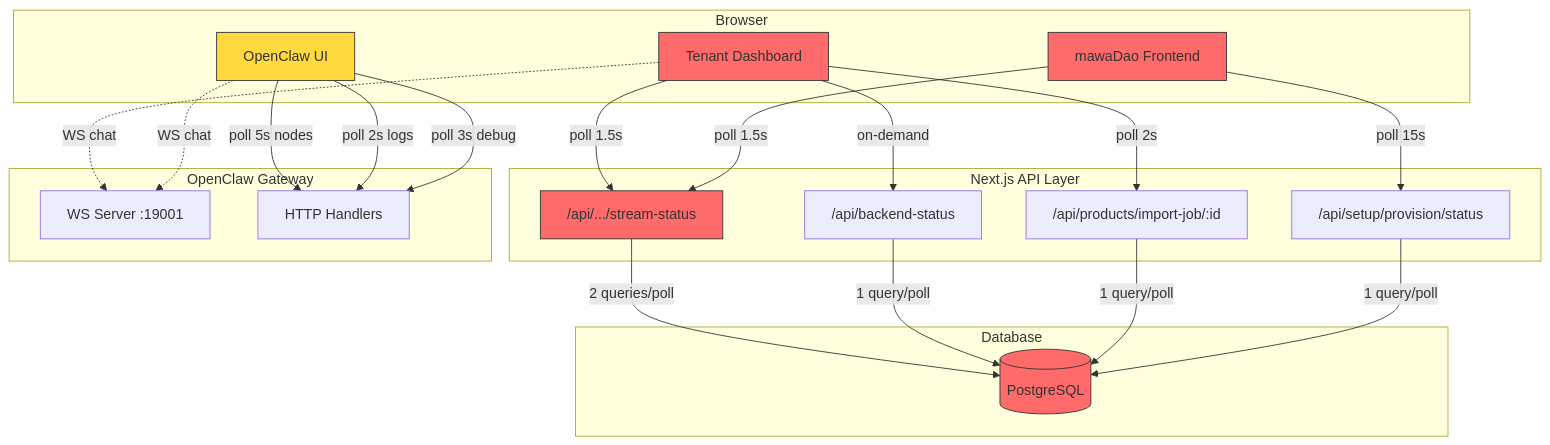
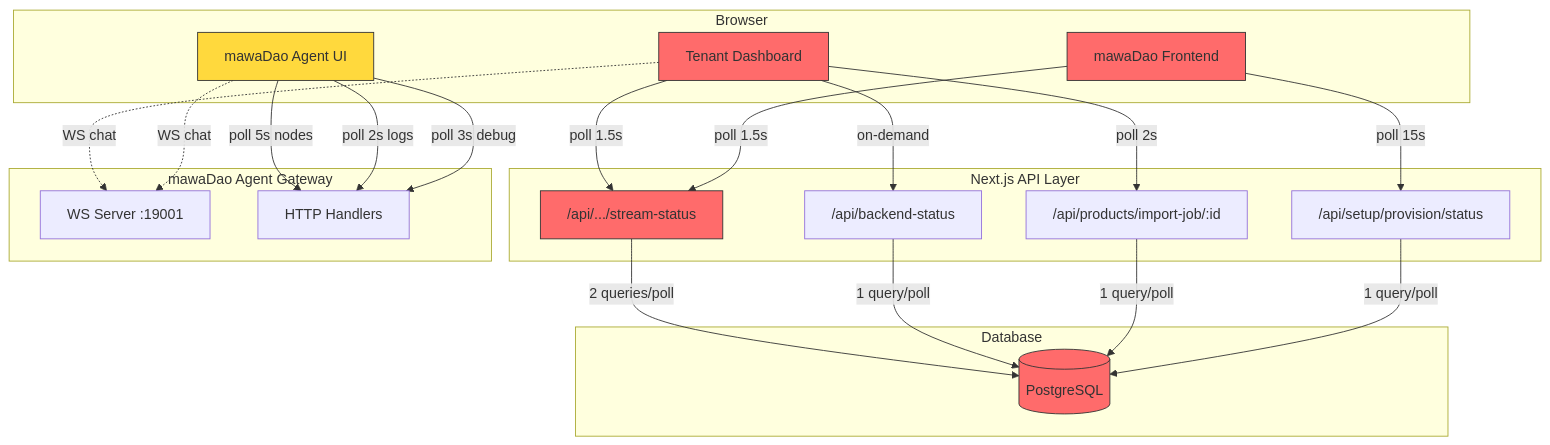
One commit to maavadao/maava changed the first of 4 diagrams in docs/REALTIME_ARCHITECTURE.md. Above: the diagram before and after it, drawn with Mermaid. The commit also changed other lines of this file and 7 other files, not shown here.

First line of the commit message:
Rename legacy names to mawaDao Agent names

````diff
--- a/docs/REALTIME_ARCHITECTURE.md
+++ b/docs/REALTIME_ARCHITECTURE.md
@@ -197,47 +197,47 @@
 ```mermaid
 graph TB
     subgraph "Browser"
         TD[Tenant Dashboard]
         BF[mawaDao Frontend]
-        OC[OpenClaw UI]
+        OC[mawaDao Agent UI]
     end
 
     subgraph "Next.js API Layer"
         API_SS["/api/.../stream-status"]
         API_BS["/api/backend-status"]
         API_IJ["/api/products/import-job/:id"]
         API_PS["/api/setup/provision/status"]
     end
 
-    subgraph "OpenClaw Gateway"
+    subgraph "mawaDao Agent Gateway"
         GW_WS["WS Server :19001"]
         GW_HTTP["HTTP Handlers"]
     end
 
     subgraph "Database"
         PG[(PostgreSQL)]
     end
 
     TD -->|"poll 1.5s"| API_SS
     TD -->|"poll 2s"| API_IJ
     TD -->|"on-demand"| API_BS
     BF -->|"poll 1.5s"| API_SS
     BF -->|"poll 15s"| API_PS
     OC -->|"poll 5s nodes"| GW_HTTP
     OC -->|"poll 2s logs"| GW_HTTP
     OC -->|"poll 3s debug"| GW_HTTP
 
     API_SS -->|"2 queries/poll"| PG
     API_BS -->|"1 query/poll"| PG
     API_IJ -->|"1 query/poll"| PG
     API_PS -->|"1 query/poll"| PG
 
     TD -.->|"WS chat"| GW_WS
     OC -.->|"WS chat"| GW_WS
 
     style TD fill:#ff6b6b,stroke:#333
     style BF fill:#ff6b6b,stroke:#333
     style OC fill:#ffd93d,stroke:#333
     style API_SS fill:#ff6b6b,stroke:#333
     style PG fill:#ff6b6b,stroke:#333
 ```
````
